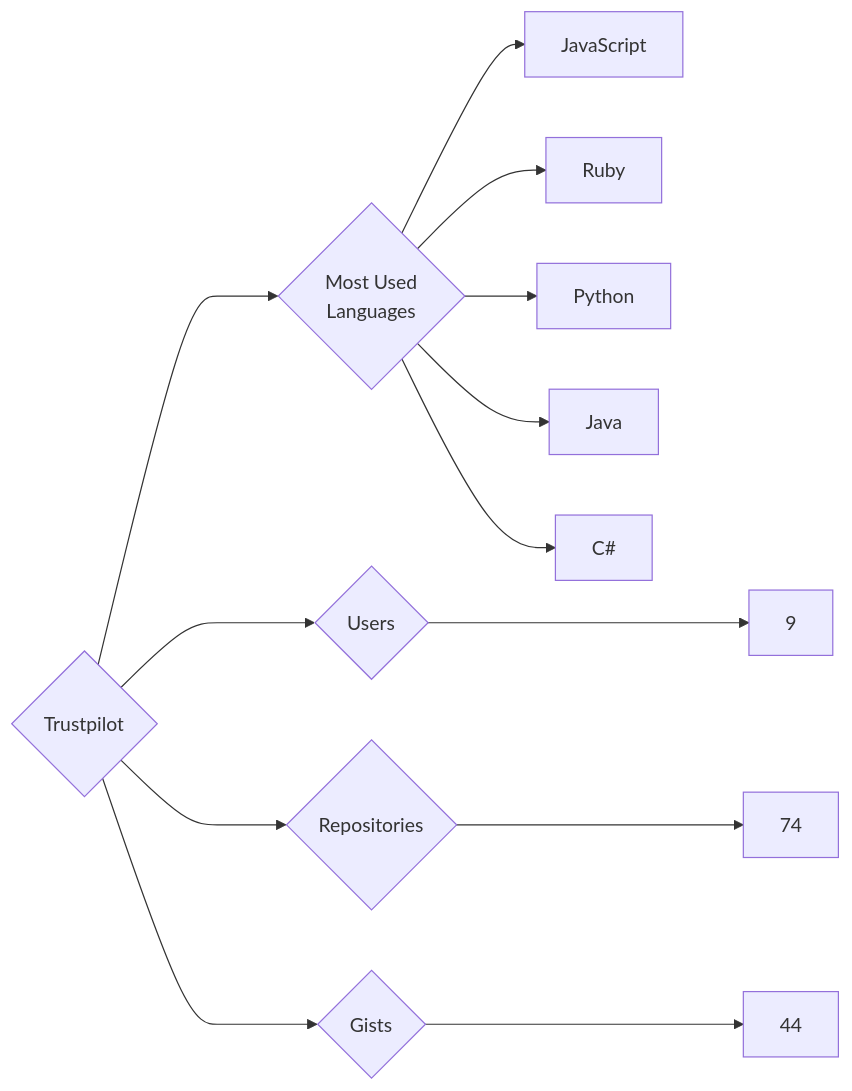
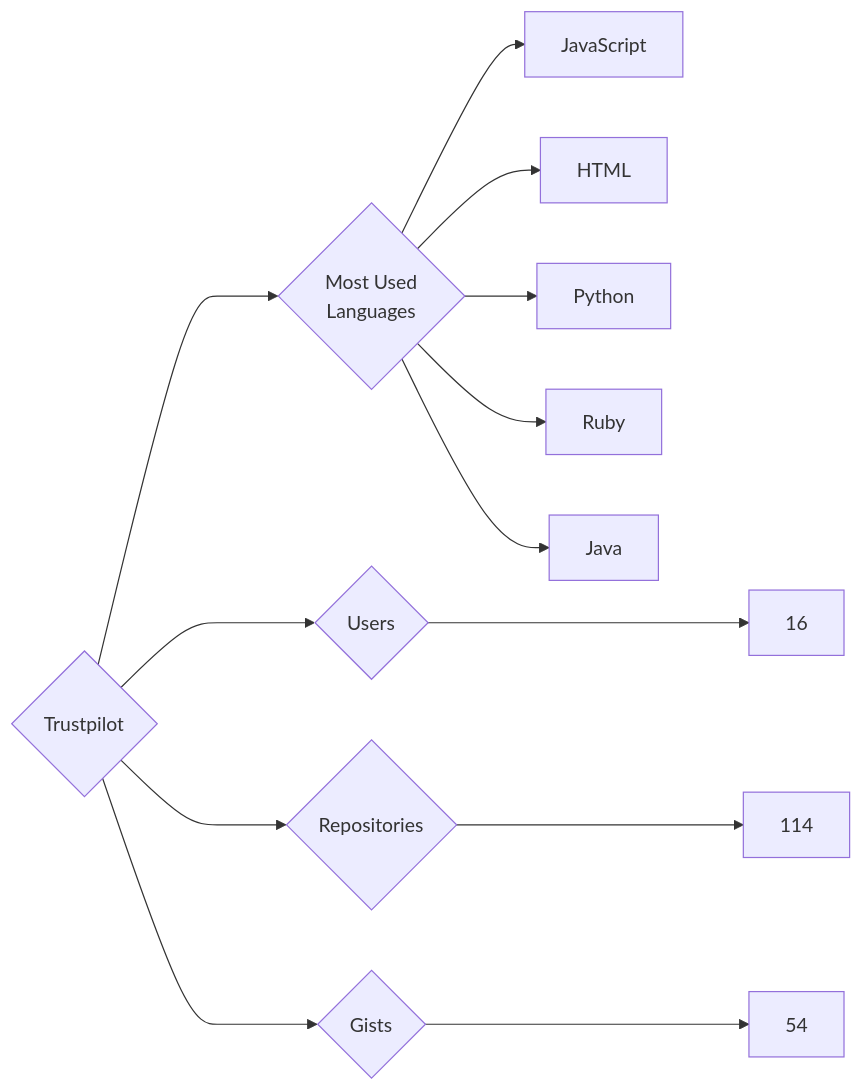
The diagram in targets/Trustpilot/README.md (trickest/insiders), drawn with Mermaid before and after one commit. The commit also changed 965 other files, not shown here.

````diff
--- a/targets/Trustpilot/README.md
+++ b/targets/Trustpilot/README.md
@@ -3,13 +3,13 @@
 ```mermaid
 graph LR
 COMPANY_NAME{Trustpilot}
-COMPANY_NAME ---> U{Users} ---> UN[9]
-COMPANY_NAME ---> R{Repositories} ---> RN[74]
-COMPANY_NAME ---> G{Gists} ---> GN[44]
+COMPANY_NAME ---> U{Users} ---> UN[16]
+COMPANY_NAME ---> R{Repositories} ---> RN[114]
+COMPANY_NAME ---> G{Gists} ---> GN[54]
 COMPANY_NAME ---> ML{Most Used<br>Languages}
 ML --> JavaScript[JavaScript]
+ML --> HTML[HTML]
+ML --> Python[Python]
 ML --> Ruby[Ruby]
-ML --> Python[Python]
 ML --> Java[Java]
-ML --> C#[C#]
 ```
````
